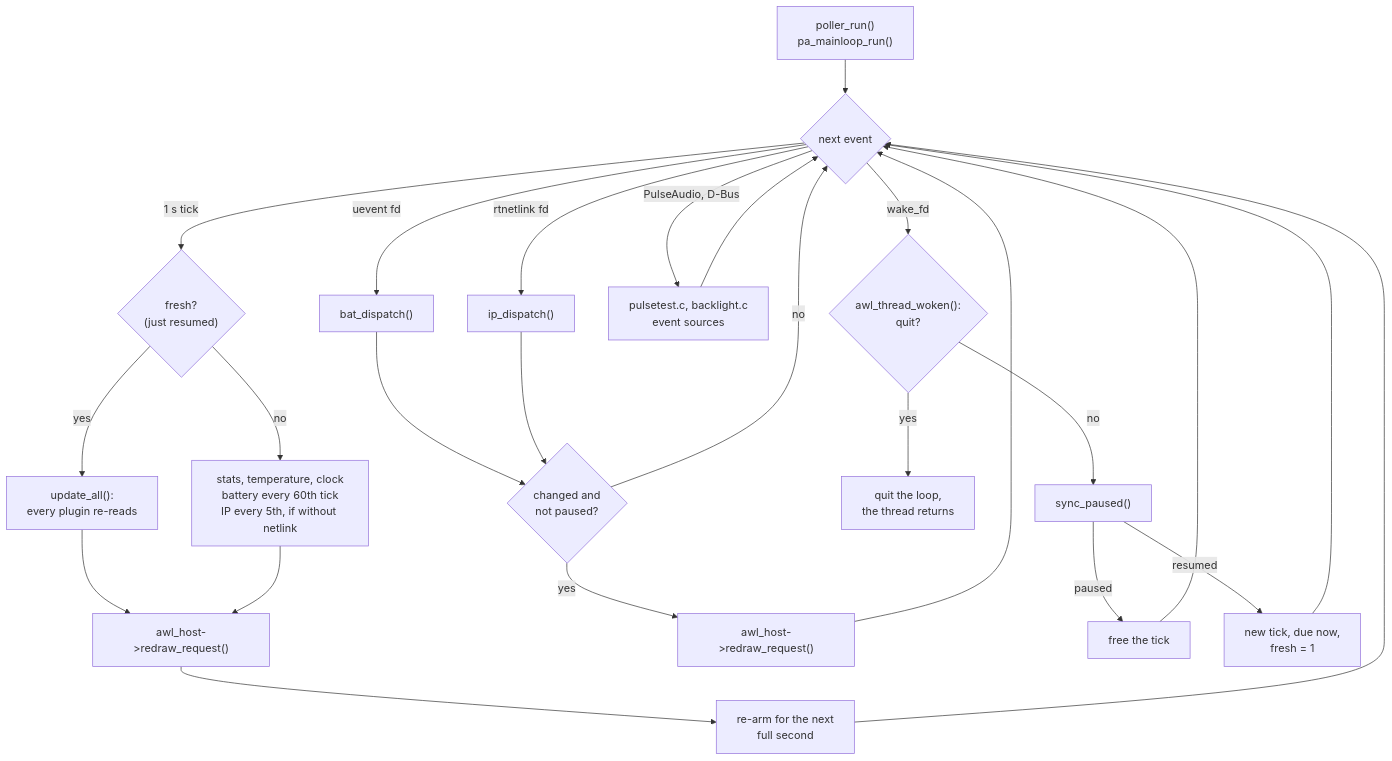
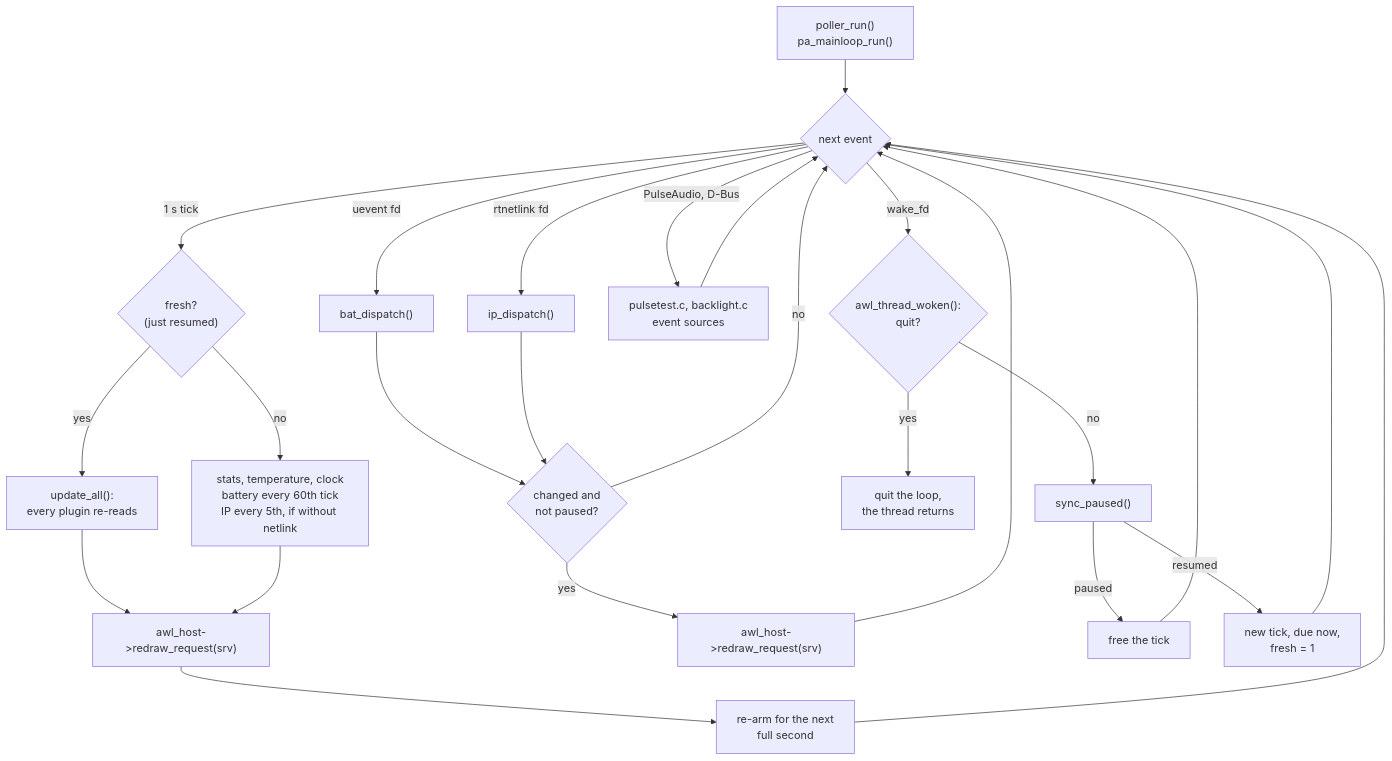
Before and after one commit to alcubierre-drive/awl: the third of 8 diagrams in doc/threads.rst, drawn with Mermaid. The commit also changed other lines of this file and 60 other files, not shown here.

```diff
--- a/doc/threads.rst
+++ b/doc/threads.rst
@@ -193,24 +195,24 @@
 .. mermaid::
 
    flowchart TD
      run["poller_run()<br/>pa_mainloop_run()"] --> wait{"next event"}
 
      wait -- "1 s tick" --> fresh{"fresh?<br/>(just resumed)"}
      fresh -- yes --> all["update_all():<br/>every plugin re-reads"]
      fresh -- no --> tick["stats, temperature, clock<br/>battery every 60th tick<br/>IP every 5th, if without netlink"]
-     all --> req1["awl_host->redraw_request()"]
+     all --> req1["awl_host->redraw_request(srv)"]
      tick --> req1
      req1 --> rearm["re-arm for the next<br/>full second"] --> wait
 
      wait -- "uevent fd" --> bat["bat_dispatch()"] --> chg1{"changed and<br/>not paused?"}
      wait -- "rtnetlink fd" --> ip["ip_dispatch()"] --> chg1
-     chg1 -- yes --> req2["awl_host->redraw_request()"] --> wait
+     chg1 -- yes --> req2["awl_host->redraw_request(srv)"] --> wait
      chg1 -- no --> wait
 
      wait -- "PulseAudio, D-Bus" --> other["pulsetest.c, backlight.c<br/>event sources"] --> wait
 
      wait -- "wake_fd" --> woken{"awl_thread_woken():<br/>quit?"}
      woken -- yes --> quit["quit the loop,<br/>the thread returns"]
      woken -- no --> sync["sync_paused()"]
      sync -- "paused" --> stoptick["free the tick"] --> wait
      sync -- "resumed" --> starttick["new tick, due now,<br/>fresh = 1"] --> wait
```
